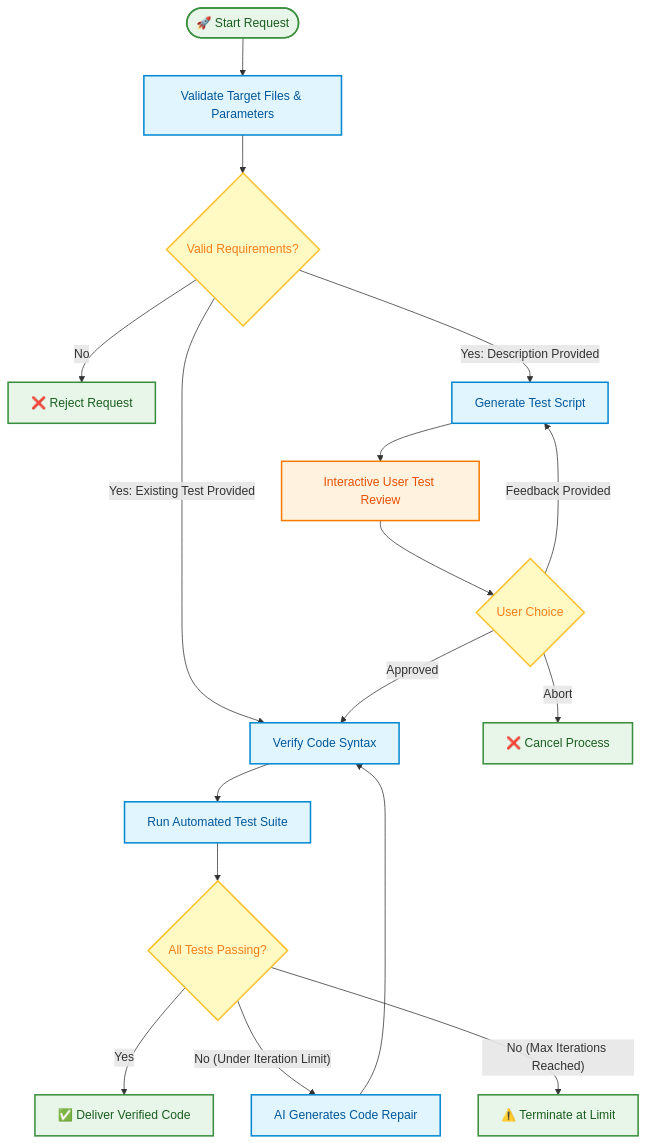
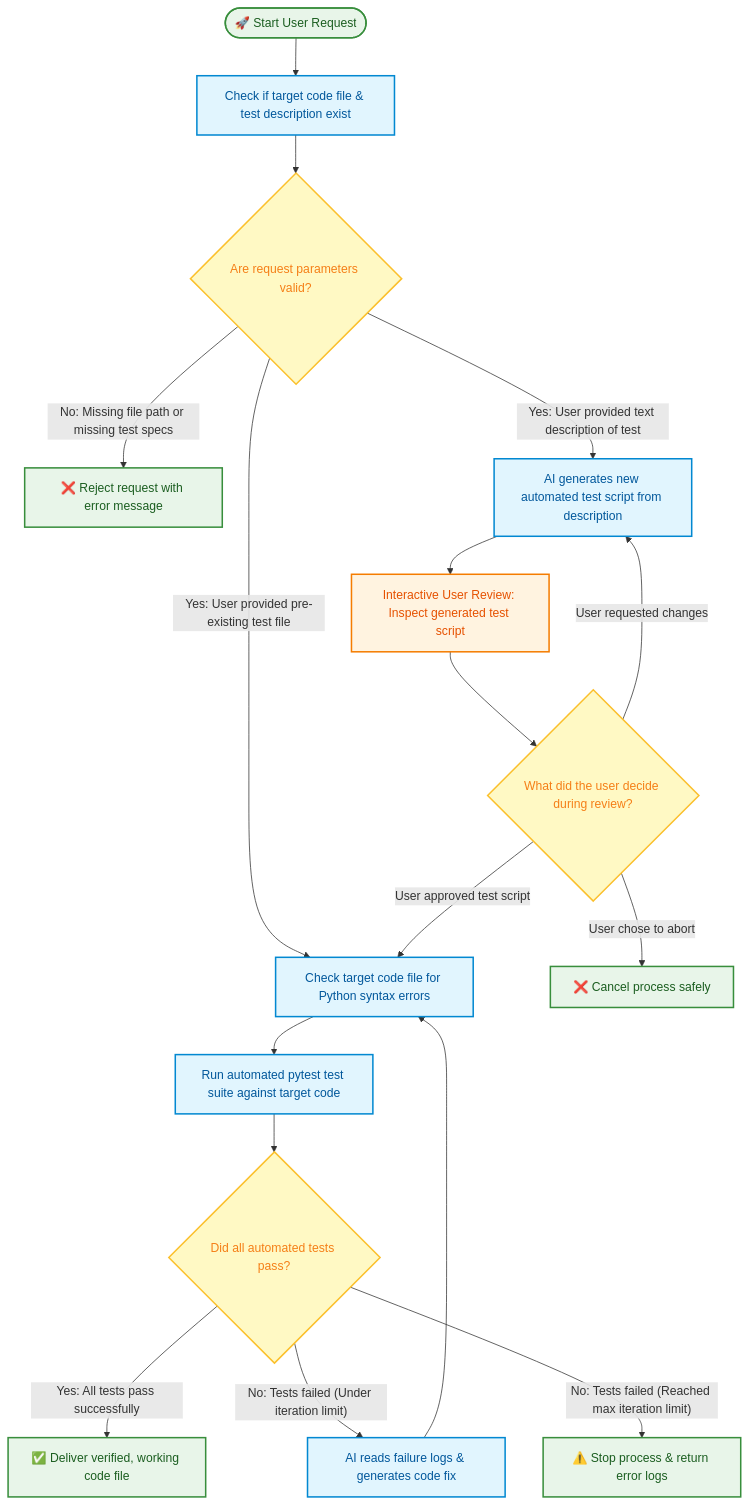
One commit to boycececil666gmailcom/test-led-python-coder-agent changed the first of 2 diagrams in README.md. Above: the diagram before and after it, drawn with Mermaid. The commit also changed other lines of this file, not shown here.

Commit message:
docs: improve README documentation with expanded descriptions, tech stack badges, and clarified workflow diagrams

````diff
--- a/README.md
+++ b/README.md
@@ -25,31 +34,31 @@
 ```mermaid
 flowchart TD
     classDef startEnd fill:#e8f5e9,stroke:#388e3c,stroke-width:2px,color:#1b5e20;
     classDef process fill:#e1f5fe,stroke:#0288d1,stroke-width:2px,color:#01579b;
     classDef review fill:#fff3e0,stroke:#f57c00,stroke-width:2px,color:#e65100;
     classDef decision fill:#fff9c4,stroke:#fbc02d,stroke-width:2px,color:#f57f17;
 
-    START(["🚀 Start Request"]):::startEnd --> ValidateInput["Validate Target Files & Parameters"]:::process
+    START(["🚀 Start User Request"]):::startEnd --> ValidateInput["Check if target code file & test description exist"]:::process
 
-    ValidateInput --> CheckMode{"Valid Requirements?"}:::decision
-    CheckMode -- "No" --> Reject["❌ Reject Request"]:::startEnd
+    ValidateInput --> CheckMode{"Are request parameters valid?"}:::decision
+    CheckMode -- "No: Missing file path or missing test specs" --> Reject["❌ Reject request with error message"]:::startEnd
 
-    CheckMode -- "Yes: Existing Test Provided" --> SyntaxCheck["Verify Code Syntax"]:::process
-    CheckMode -- "Yes: Description Provided" --> GenTest["Generate Test Script"]:::process
+    CheckMode -- "Yes: User provided pre-existing test file" --> SyntaxCheck["Check target code file for Python syntax errors"]:::process
+    CheckMode -- "Yes: User provided text description of test" --> GenTest["AI generates new automated test script from description"]:::process
 
-    GenTest --> HumanReview["Interactive User Test Review"]:::review
+    GenTest --> HumanReview["Interactive User Review: Inspect generated test script"]:::review
 
-    HumanReview --> ReviewDecision{"User Choice"}:::decision
-    ReviewDecision -- "Abort" --> Cancel["❌ Cancel Process"]:::startEnd
-    ReviewDecision -- "Feedback Provided" --> GenTest
-    ReviewDecision -- "Approved" --> SyntaxCheck
+    HumanReview --> ReviewDecision{"What did the user decide during review?"}:::decision
+    ReviewDecision -- "User chose to abort" --> Cancel["❌ Cancel process safely"]:::startEnd
+    ReviewDecision -- "User requested changes" --> GenTest
+    ReviewDecision -- "User approved test script" --> SyntaxCheck
 
-    SyntaxCheck --> RunTest["Run Automated Test Suite"]:::process
+    SyntaxCheck --> RunTest["Run automated pytest test suite against target code"]:::process
 
-    RunTest --> TestOutcome{"All Tests Passing?"}:::decision
-    TestOutcome -- "Yes" --> Success["✅ Deliver Verified Code"]:::startEnd
-    TestOutcome -- "No (Under Iteration Limit)" --> FixCode["AI Generates Code Repair"]:::process
-    TestOutcome -- "No (Max Iterations Reached)" --> StopLimit["⚠️ Terminate at Limit"]:::startEnd
+    RunTest --> TestOutcome{"Did all automated tests pass?"}:::decision
+    TestOutcome -- "Yes: All tests pass successfully" --> Success["✅ Deliver verified, working code file"]:::startEnd
+    TestOutcome -- "No: Tests failed (Under iteration limit)" --> FixCode["AI reads failure logs & generates code fix"]:::process
+    TestOutcome -- "No: Tests failed (Reached max iteration limit)" --> StopLimit["⚠️ Stop process & return error logs"]:::startEnd
 
     FixCode --> SyntaxCheck
 ```
````
